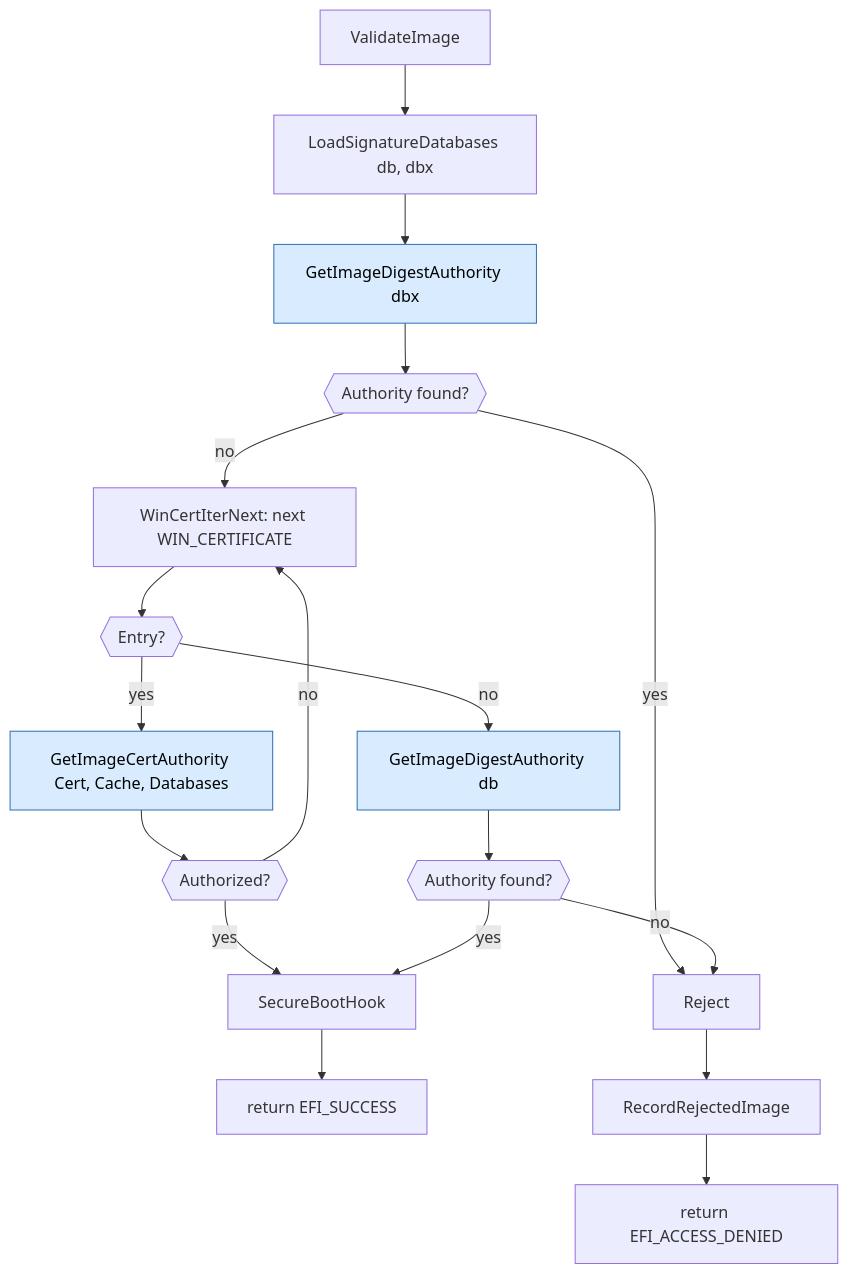
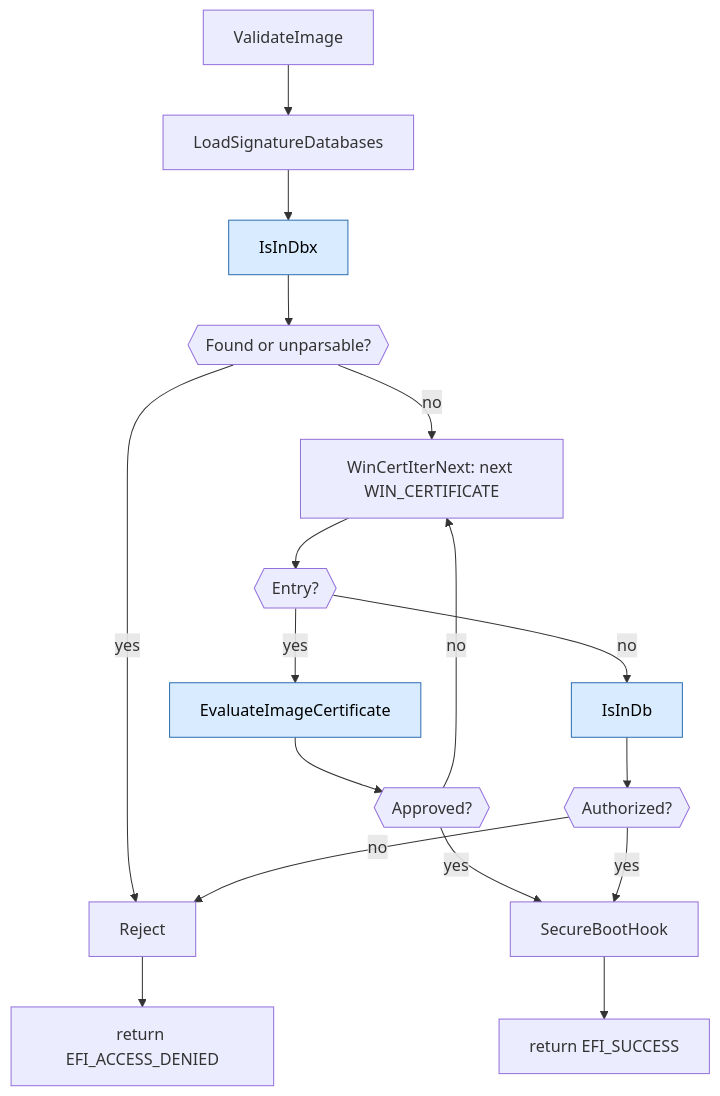
Before and after one commit to Javagedes/mu_basecore: the second of 5 diagrams in SecurityPkg/Library/DxeImageVerificationLib2/README.md, drawn with Mermaid. The commit also changed other lines of this file and 12 other files, not shown here.

````diff
--- a/SecurityPkg/Library/DxeImageVerificationLib2/README.md
+++ b/SecurityPkg/Library/DxeImageVerificationLib2/README.md
@@ -130,23 +110,22 @@
 ```mermaid
 flowchart TD
-    A[ValidateImage] --> B[LoadSignatureDatabases db, dbx]
-    B --> S1[GetImageDigestAuthority dbx]
-    S1 --> S1Q{{Authority found?}}
+    A[ValidateImage] --> B[LoadSignatureDatabases]
+    B --> S1[IsInDbx]
+    S1 --> S1Q{{Found or unparsable?}}
     S1Q -- yes --> R[Reject]
     S1Q -- no  --> D1[WinCertIterNext: next WIN_CERTIFICATE]
     D1 --> D2{{Entry?}}
-    D2 -- yes --> IA[GetImageCertAuthority Cert, Cache, Databases]
-    IA --> IA1{{Authorized?}}
+    D2 -- yes --> IA[EvaluateImageCertificate]
+    IA --> IA1{{Approved?}}
     IA1 -- yes --> G[SecureBootHook]
     IA1 -- no --> D1
-    D2 -- no  --> H[GetImageDigestAuthority db]
-    H --> H1{{Authority found?}}
+    D2 -- no  --> H[IsInDb]
+    H --> H1{{Authorized?}}
     H1 -- yes --> G
     H1 -- no  --> R
     G --> S[return EFI_SUCCESS]
-    R --> RR[RecordRejectedImage]
-    RR --> X[return EFI_ACCESS_DENIED]
+    R --> X[return EFI_ACCESS_DENIED]
 
     classDef drill fill:#d9ecff,stroke:#2f6fb2,color:#000;
     class IA,S1,H drill;
 ```
````
